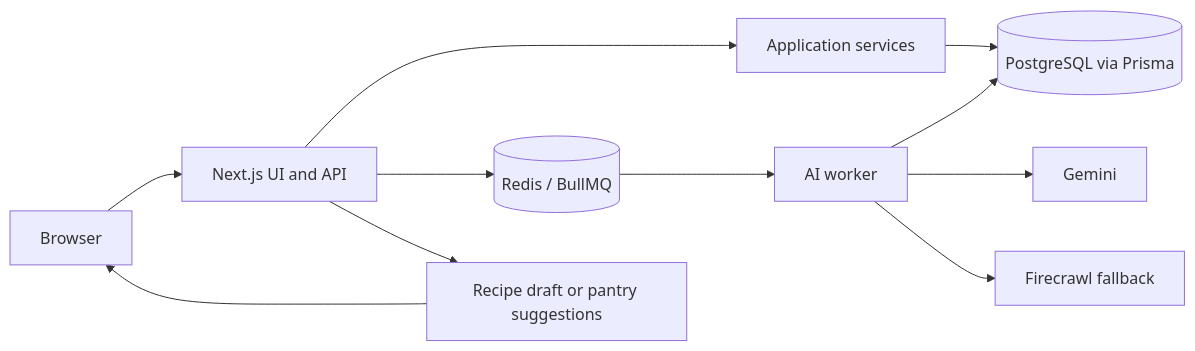
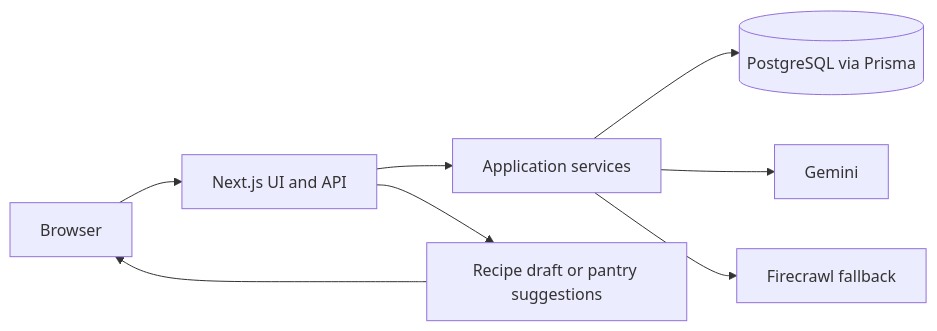
The diagram in README.md (KunalK24/pantry), drawn with Mermaid before and after one commit. The commit also changed other lines of this file and 43 other files, not shown here.

````diff
--- a/README.md
+++ b/README.md
@@ -30,13 +30,10 @@
 ```mermaid
 flowchart LR
     U[Browser] --> W[Next.js UI and API]
     W --> S[Application services]
     S --> P[(PostgreSQL via Prisma)]
-    W --> Q[(Redis / BullMQ)]
-    Q --> X[AI worker]
-    X --> P
-    X --> G[Gemini]
-    X --> F[Firecrawl fallback]
+    S --> G[Gemini]
+    S --> F[Firecrawl fallback]
     W --> R[Recipe draft or pantry suggestions]
     R --> U
 ```
````
